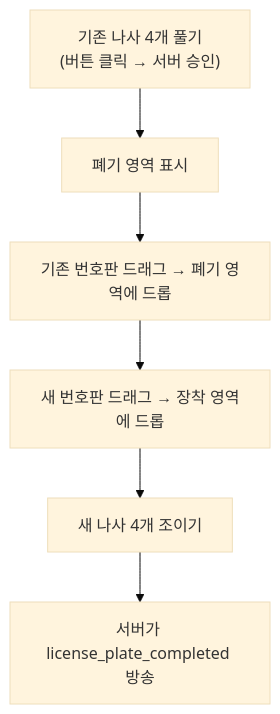
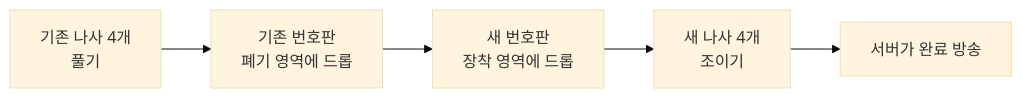
Before and after one commit to ebsongg1/portfolio: the fifth of 6 diagrams in src/2-team-driving/기술문서.md, drawn with Mermaid (base theme). The commit also changed other lines of this file and 1 other file, not shown here.

````diff
--- a/src/2-team-driving/기술문서.md
+++ b/src/2-team-driving/기술문서.md
@@ -342,8 +394,7 @@
 ```mermaid
-flowchart TD
-    A["기존 나사 4개 풀기<br/>(버튼 클릭 → 서버 승인)"] --> B["폐기 영역 표시"]
-    B --> C["기존 번호판 드래그 → 폐기 영역에 드롭"]
-    C --> D["새 번호판 드래그 → 장착 영역에 드롭"]
-    D --> E["새 나사 4개 조이기"]
-    E --> F["서버가 license_plate_completed 방송"]
+flowchart LR
+    A["기존 나사 4개<br/>풀기"] --> B["기존 번호판<br/>폐기 영역에 드롭"]
+    B --> C["새 번호판<br/>장착 영역에 드롭"]
+    C --> D["새 나사 4개<br/>조이기"]
+    D --> E["서버가 완료 방송"]
 ```
````
